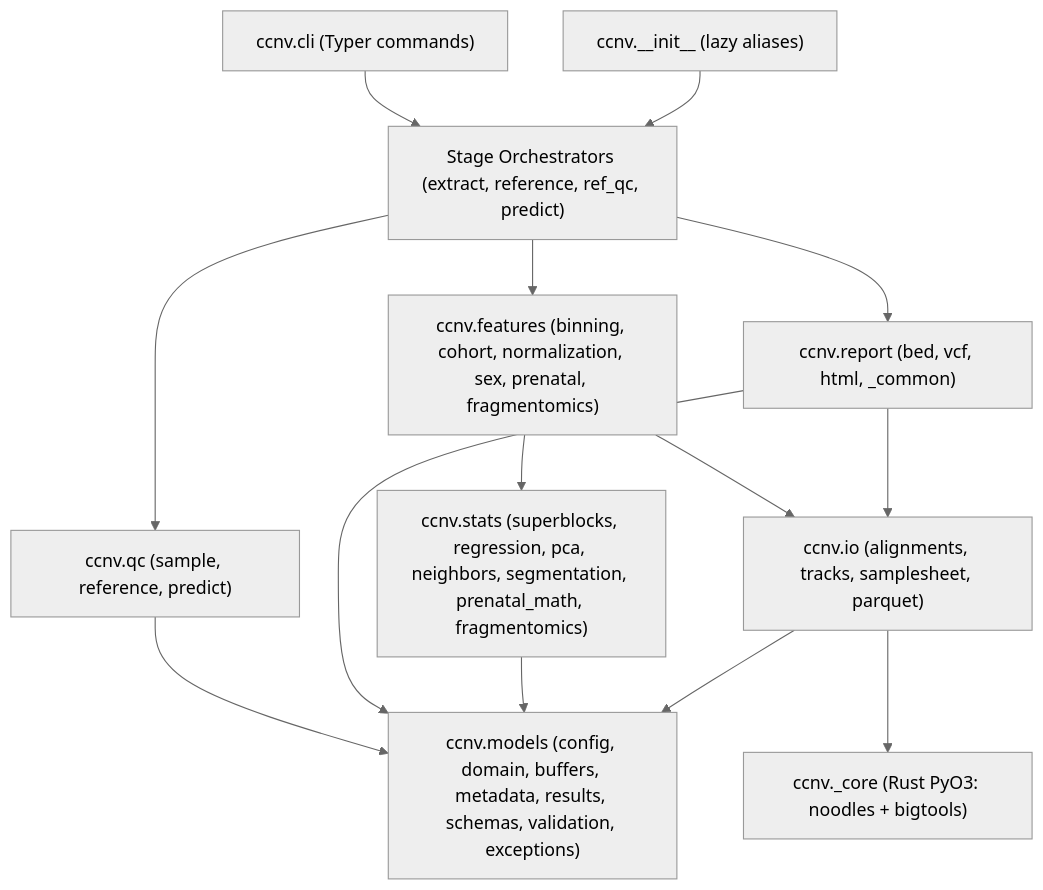
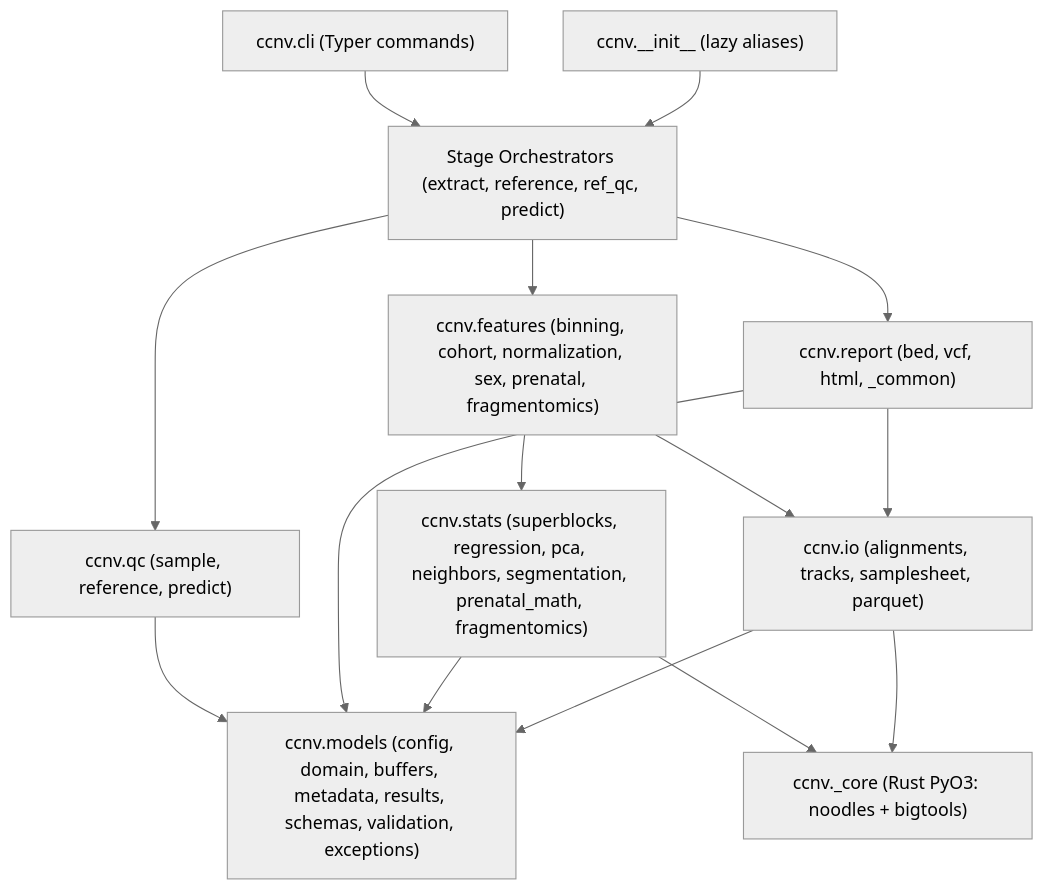
The first of 5 diagrams in docs/api.md (matthdsm/ccnv), drawn with Mermaid (neutral theme) before and after one commit. The commit also changed other lines of this file and 15 other files, not shown here.

````diff
--- a/docs/api.md
+++ b/docs/api.md
@@ -14,16 +14,17 @@
 ```mermaid
 flowchart TB
     CLI["ccnv.cli (Typer commands)"] --> ORCH["Stage Orchestrators (extract, reference, ref_qc, predict)"]
     PKG["ccnv.__init__ (lazy aliases)"] --> ORCH
     ORCH --> FEAT["ccnv.features (binning, cohort, normalization, sex, prenatal, fragmentomics)"]
     ORCH --> QC["ccnv.qc (sample, reference, predict)"]
     ORCH --> REP["ccnv.report (bed, vcf, html, _common)"]
     FEAT --> STATS["ccnv.stats (superblocks, regression, pca, neighbors, segmentation, prenatal_math, fragmentomics)"]
     FEAT --> IO["ccnv.io (alignments, tracks, samplesheet, parquet)"]
     QC --> MOD["ccnv.models (config, domain, buffers, metadata, results, schemas, validation, exceptions)"]
     REP --> IO
     REP --> MOD
     STATS --> MOD
+    STATS --> CORE
     IO --> CORE["ccnv._core (Rust PyO3: noodles + bigtools)"]
     IO --> MOD
 ```
````
